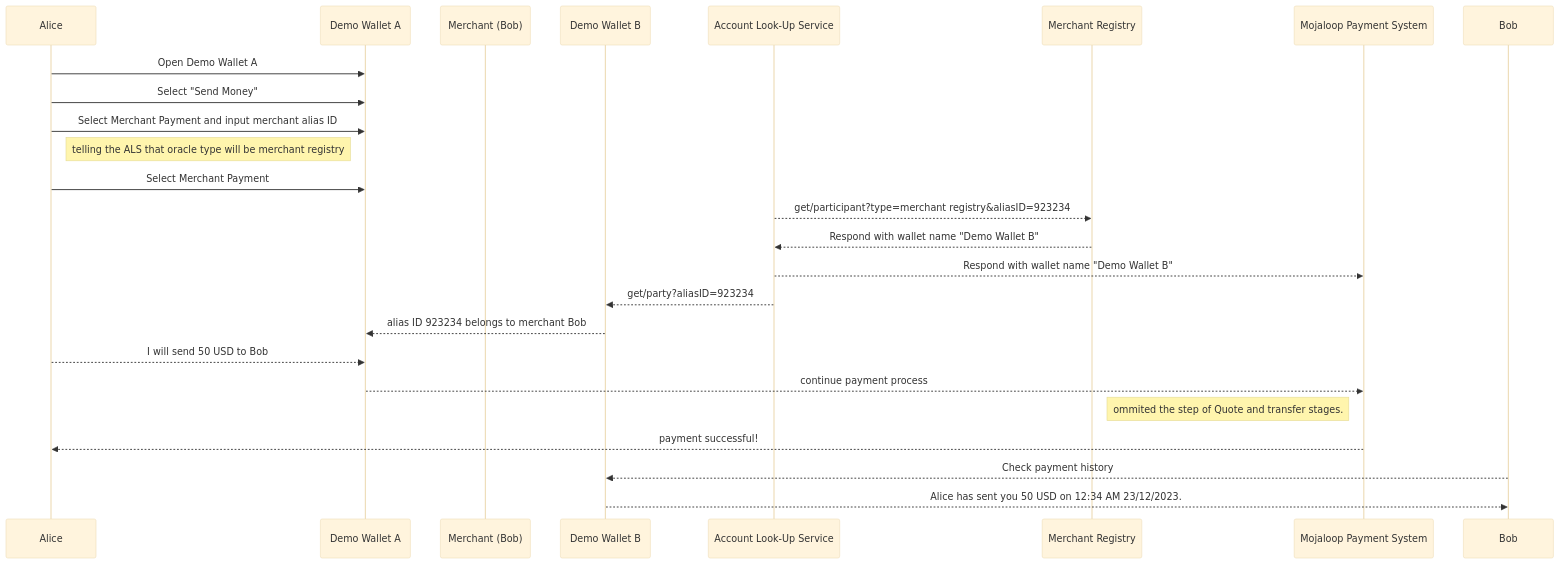
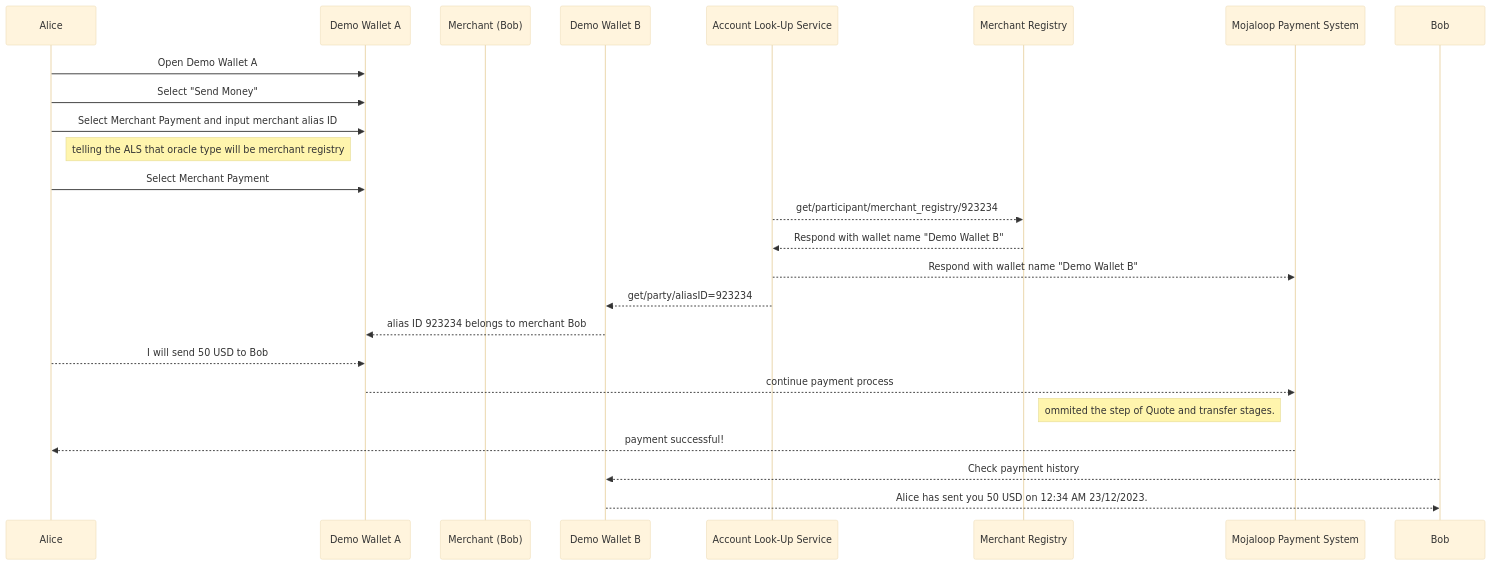
One commit to mojaloop/merchant-payment-docs changed the second of 2 diagrams in Sprint-5-features/Demo_wallet_sequence_diagram.md. Above: the diagram before and after it, drawn with Mermaid (base theme). The commit also changed other lines of this file and 1 other file, not shown here.

Commit message:
update ALS requirement

````diff
--- a/Sprint-5-features/Demo_wallet_sequence_diagram.md
+++ b/Sprint-5-features/Demo_wallet_sequence_diagram.md
@@ -40,32 +40,32 @@
 ```mermaid
 
 sequenceDiagram
     participant Alice as Alice
     participant WalletA as Demo Wallet A
     participant Merchant as Merchant (Bob)
     participant WalletB as Demo Wallet B
     participant ALS as Account Look-Up Service
     participant MS as Merchant Registry
     participant Mojaloop as Mojaloop Payment System
     
     Alice ->> WalletA: Open Demo Wallet A
     Alice ->> WalletA: Select "Send Money"
     Alice ->> WalletA: Select Merchant Payment and input merchant alias ID
      % This is a comment added to this step.
     Note left of WalletA: telling the ALS that oracle type will be merchant registry
     Alice ->> WalletA: Select Merchant Payment
     
-    ALS -->> MS: get/participant?type=merchant registry&aliasID=923234
+    ALS -->> MS: get/participant/merchant_registry/923234
     MS -->> ALS: Respond with wallet name "Demo Wallet B"
     ALS -->>Mojaloop: Respond with wallet name "Demo Wallet B"
-    ALS -->>WalletB: get/party?aliasID=923234
+    ALS -->>WalletB: get/party/aliasID=923234
     WalletB -->>WalletA: alias ID 923234 belongs to merchant Bob
 
     Alice -->> WalletA: I will send 50 USD to Bob
     WalletA -->> Mojaloop: continue payment process
      % This is a comment added to this step.
     Note left of Mojaloop: ommited the step of Quote and transfer stages.
     Mojaloop -->>Alice: payment successful!
     Bob -->>WalletB: Check payment history
     WalletB -->>Bob: Alice has sent you 50 USD on 12:34 AM 23/12/2023.
 ```
````
